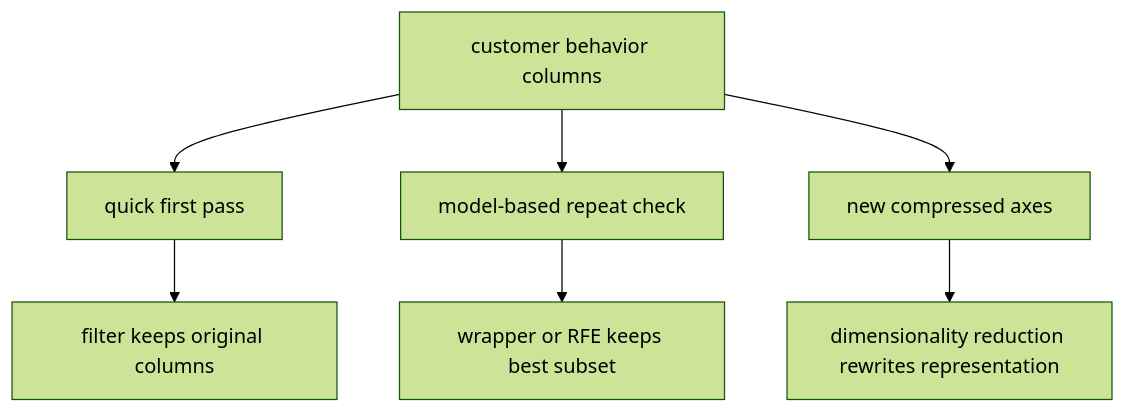
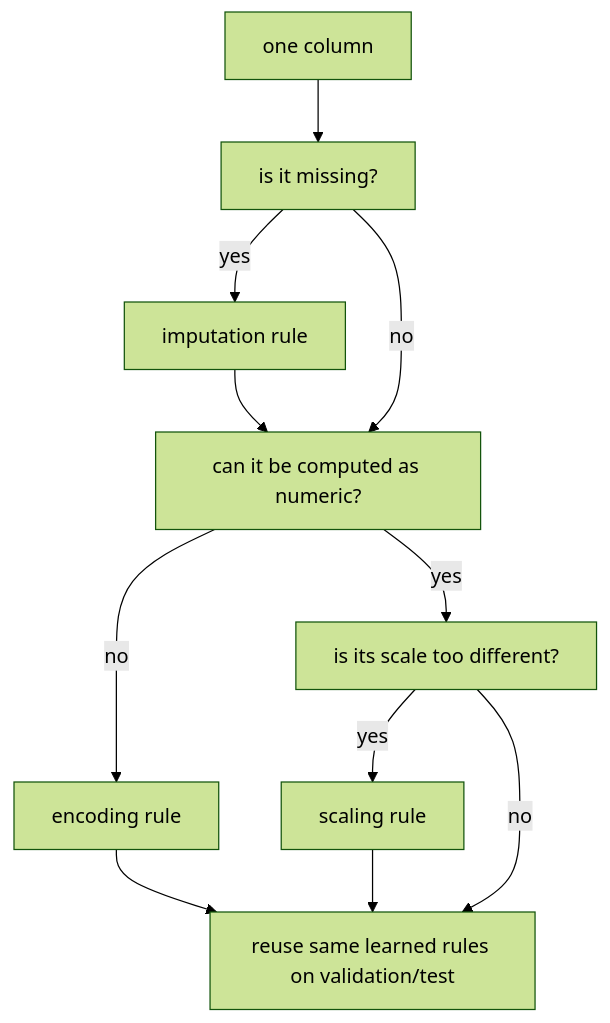
Before and after one commit to devchan64/AiBook: the diagram in docs/parts/part-04/chapter-07/section-03.md, drawn with Mermaid (forest theme). The commit also changed other lines of this file and 13 other files, not shown here.

Commit message:
Rework Part 4 Chapter 7 preprocessing flow

````diff
--- a/docs/parts/part-04/chapter-07/section-03.md
+++ b/docs/parts/part-04/chapter-07/section-03.md
@@ -117,14 +104,19 @@
 ```mermaid
 flowchart TD
-  A["customer behavior columns"]
-  B["quick first pass"]
-  C["model-based repeat check"]
-  D["new compressed axes"]
-  E["filter keeps original columns"]
-  F["wrapper or RFE keeps best subset"]
-  G["dimensionality reduction rewrites representation"]
+  A["one column"]
+  B["is it missing?"]
+  C["can it be computed as numeric?"]
+  D["is its scale too different?"]
+  E["imputation rule"]
+  F["encoding rule"]
+  G["scaling rule"]
+  H["reuse same learned rules on validation/test"]
 
-  A --> B --> E
-  A --> C --> F
-  A --> D --> G
+  A --> B
+  B -->|yes| E --> C
+  B -->|no| C
+  C -->|no| F --> H
+  C -->|yes| D
+  D -->|yes| G --> H
+  D -->|no| H
 ```
````
